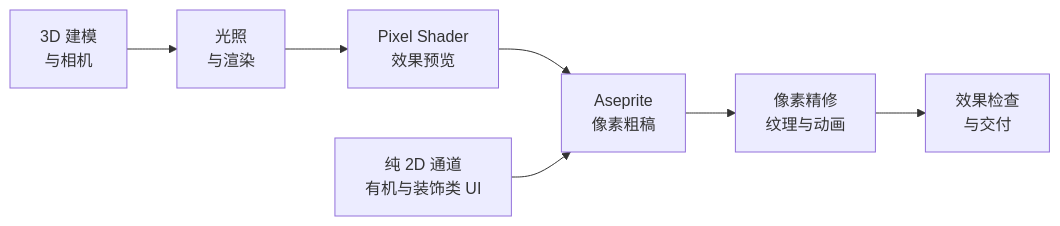
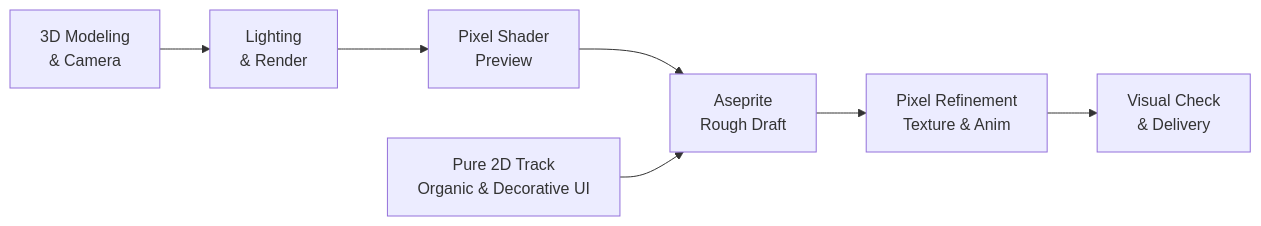
One commit to A-Lucious/my-skills changed the diagram in game/pixel-art/README.md. Above: the diagram before and after it, drawn with Mermaid. The commit also changed other lines of this file and 30 other files, not shown here.

````diff
--- a/game/pixel-art/README.md
+++ b/game/pixel-art/README.md
@@ -13,9 +15,9 @@
 ```mermaid
 flowchart LR
-    A["3D 建模<br/>与相机"] --> B["光照<br/>与渲染"]
-    B --> C["Pixel Shader<br/>效果预览"]
-    C --> D["Aseprite<br/>像素粗稿"]
-    D --> E["像素精修<br/>纹理与动画"]
-    E --> F["效果检查<br/>与交付"]
-    G["纯 2D 通道<br/>有机与装饰类 UI"] --> D
+    A["3D Modeling<br/>& Camera"] --> B["Lighting<br/>& Render"]
+    B --> C["Pixel Shader<br/>Preview"]
+    C --> D["Aseprite<br/>Rough Draft"]
+    D --> E["Pixel Refinement<br/>Texture & Anim"]
+    E --> F["Visual Check<br/>& Delivery"]
+    G["Pure 2D Track<br/>Organic & Decorative UI"] --> D
 ```
````
